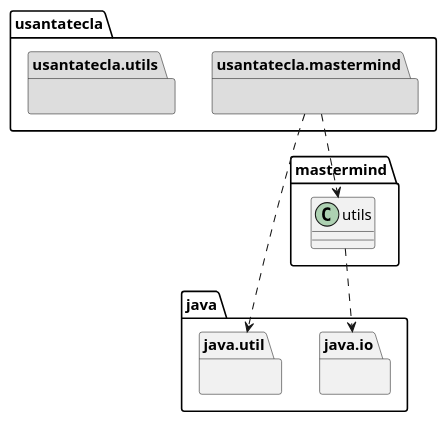
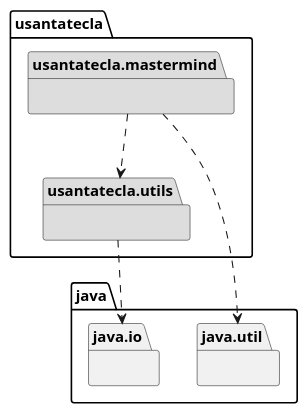
One commit to EscuelaIt/USantaTecla-game-mastermind-java changed the first of 4 diagrams in docs/src/docs/asciidoc/index.adoc. Above: the diagram before and after it, drawn with PlantUML. The commit also changed 4 other files, not shown here.

```diff
--- a/docs/src/docs/asciidoc/index.adoc
+++ b/docs/src/docs/asciidoc/index.adoc
@@ -34,13 +34,13 @@
 [plantuml,version1Arquitectura,svg]
 ....
 
 package usantatecla.mastermind #DDDDDD { } 
 package java.util{ }
-mastermind .down.> java.util
-mastermind .down.> mastermind.utils
-
 package usantatecla.utils #DDDDDD { } 
 package java.io{ }
-mastermind.utils .down.> java.io
+
+usantatecla.mastermind .down.> java.util
+usantatecla.mastermind .down.> usantatecla.utils
+usantatecla.utils .down.> java.io
 
 ....
```
